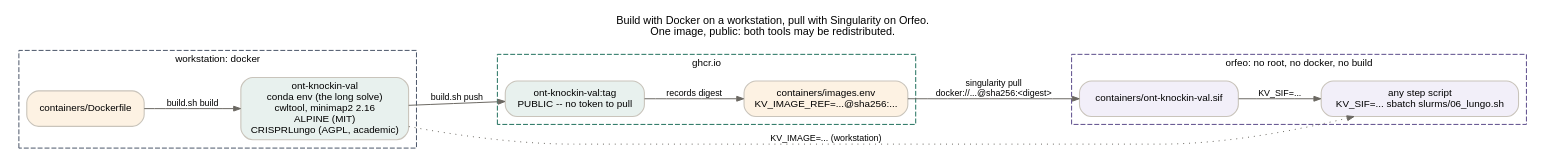
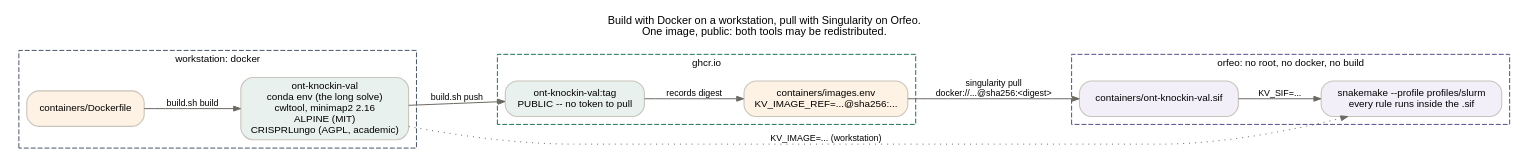
One commit to ssenci97/ONT-CRISPR-knock-in changed the diagram in docs/diagrams/05_containers.dot. Above: the diagram before and after it, drawn with Graphviz. The commit also changed 52 other files, not shown here.

```diff
--- a/docs/diagrams/05_containers.dot
+++ b/docs/diagrams/05_containers.dot
@@ -1,29 +1,29 @@
 digraph containers {
   graph [rankdir=LR, bgcolor="white", fontname="Helvetica", fontsize=11, labelloc=t,
          label="Build with Docker on a workstation, pull with Singularity on Orfeo.\nOne image, public: both tools may be redistributed."];
   node [fontname="Helvetica", fontsize=10, shape=box, style="rounded,filled", color="#c9c4bb", penwidth=1.1];
   edge [color="#6b6862", arrowsize=0.7, fontsize=9, fontname="Helvetica"];
 
   subgraph cluster_ws {
     label="workstation: docker"; fontname="Helvetica"; fontsize=10; color="#4a5568"; style=dashed;
     dfile [label="containers/Dockerfile", fillcolor="#fdf2e3"];
     img [label="ont-knockin-val\nconda env (the long solve)\ncwltool, minimap2 2.16\nALPINE (MIT)\nCRISPRLungo (AGPL, academic)", fillcolor="#e8f1ee"];
   }
   subgraph cluster_ghcr {
     label="ghcr.io"; fontname="Helvetica"; fontsize=10; color="#1f6f5c"; style=dashed;
     pub [label="ont-knockin-val:tag\nPUBLIC -- no token to pull", fillcolor="#e8f1ee"];
     dig [label="containers/images.env\nKV_IMAGE_REF=...@sha256:...", fillcolor="#fdf2e3"];
   }
   subgraph cluster_orfeo {
     label="orfeo: no root, no docker, no build"; fontname="Helvetica"; fontsize=10; color="#5a4a8a"; style=dashed;
     sif [label="containers/ont-knockin-val.sif", fillcolor="#f2eff9"];
-    run [label="any step script\nKV_SIF=... sbatch slurms/06_lungo.sh", fillcolor="#f2eff9"];
+    run [label="snakemake --profile profiles/slurm\nevery rule runs inside the .sif", fillcolor="#f2eff9"];
   }
 
   dfile -> img [label="build.sh build"];
   img -> pub [label="build.sh push"];
   pub -> dig [label="records digest"];
   dig -> sif [label="singularity pull\ndocker://...@sha256:<digest>"];
   sif -> run [label="KV_SIF=..."];
   img -> run [style=dotted, label="KV_IMAGE=... (workstation)"];
 }
```
